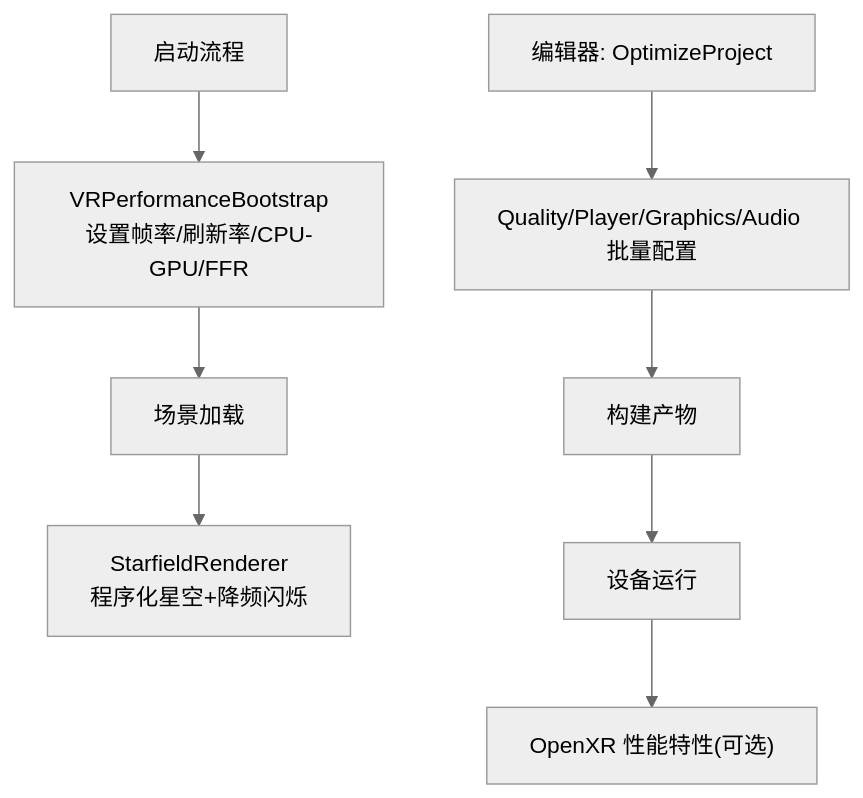
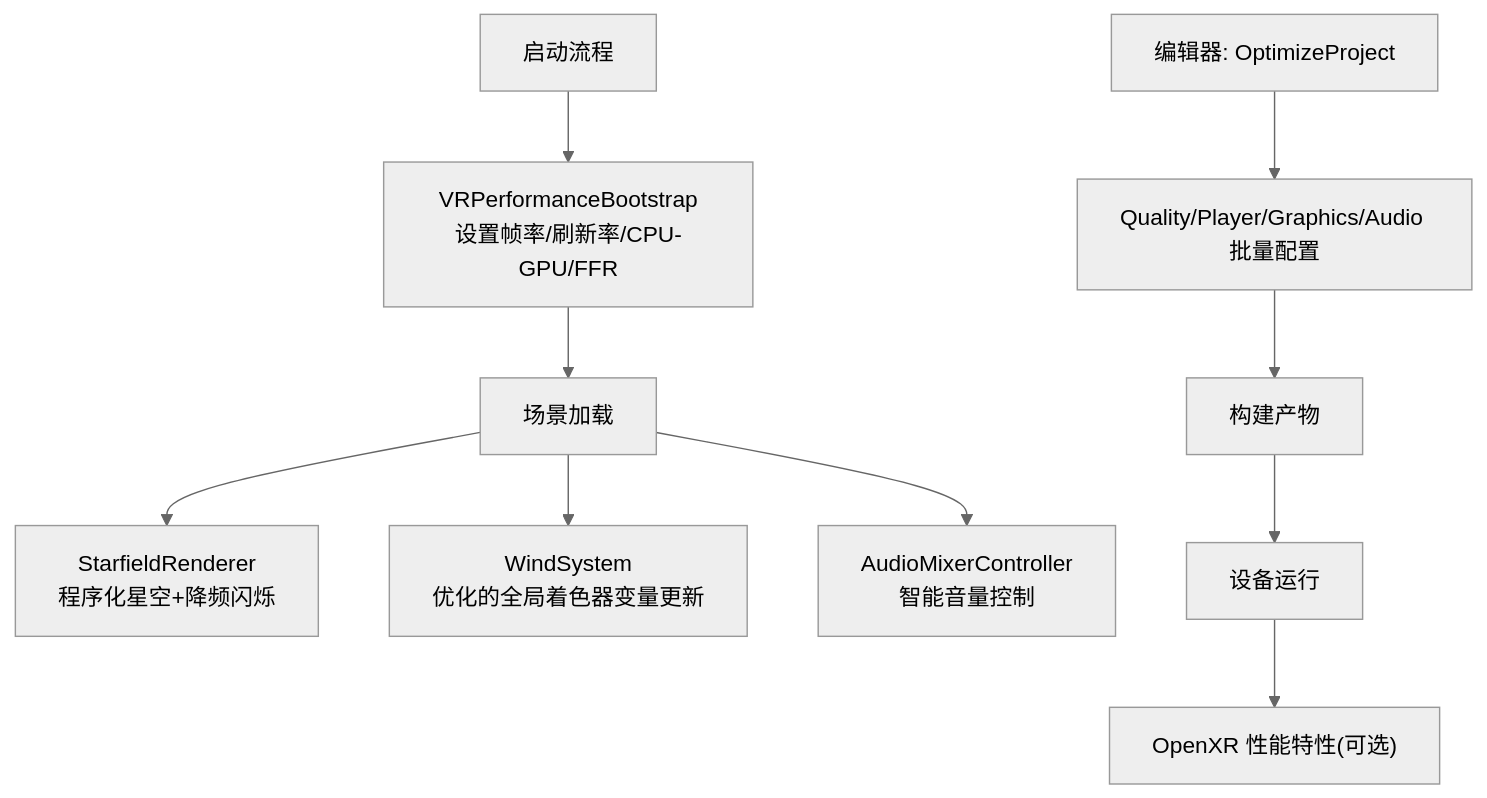
One commit to cpufreestyle/InkRidge changed the first of 8 diagrams in .qoder/repowiki/zh/content/性能优化/性能优化.md. Above: the diagram before and after it, drawn with Mermaid (neutral theme). The commit also changed other lines of this file and 17 other files, not shown here.

````diff
--- a/.qoder/repowiki/zh/content/性能优化/性能优化.md
+++ b/.qoder/repowiki/zh/content/性能优化/性能优化.md
@@ -43,10 +55,12 @@
 ```mermaid
 graph TB
 A["启动流程"] --> B["VRPerformanceBootstrap<br/>设置帧率/刷新率/CPU-GPU/FFR"]
 B --> C["场景加载"]
 C --> D["StarfieldRenderer<br/>程序化星空+降频闪烁"]
-E["编辑器: OptimizeProject"] --> F["Quality/Player/Graphics/Audio 批量配置"]
-F --> G["构建产物"]
-G --> H["设备运行"]
-H --> I["OpenXR 性能特性(可选)"]
+C --> E["WindSystem<br/>优化的全局着色器变量更新"]
+C --> F["AudioMixerController<br/>智能音量控制"]
+G["编辑器: OptimizeProject"] --> H["Quality/Player/Graphics/Audio 批量配置"]
+H --> I["构建产物"]
+I --> J["设备运行"]
+J --> K["OpenXR 性能特性(可选)"]
 ```
````
